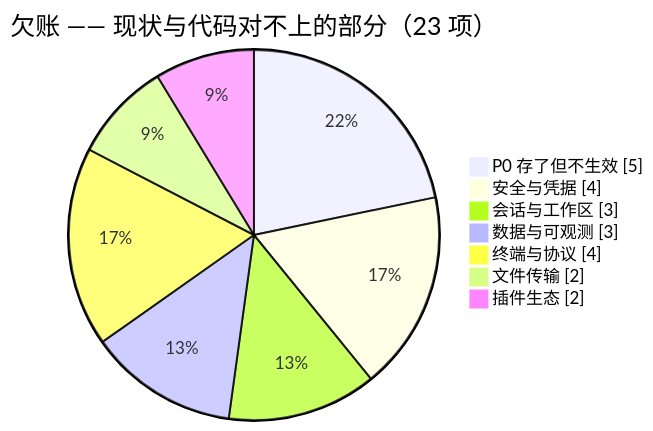
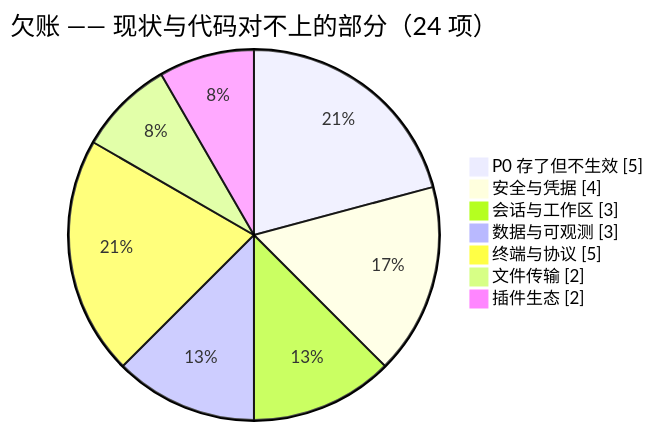
The first of 2 diagrams in feature-plan.md (joesdu/VelaShell), drawn with Mermaid before and after one commit. The commit also changed other lines of this file and 3 other files, not shown here.

````diff
--- a/feature-plan.md
+++ b/feature-plan.md
@@ -39,11 +39,11 @@
 ```mermaid
 pie showData
-    title 欠账 —— 现状与代码对不上的部分（23 项）
+    title 欠账 —— 现状与代码对不上的部分（24 项）
     "P0 存了但不生效" : 5
     "安全与凭据" : 4
     "会话与工作区" : 3
     "数据与可观测" : 3
-    "终端与协议" : 4
+    "终端与协议" : 5
     "文件传输" : 2
     "插件生态" : 2
 ```
````
